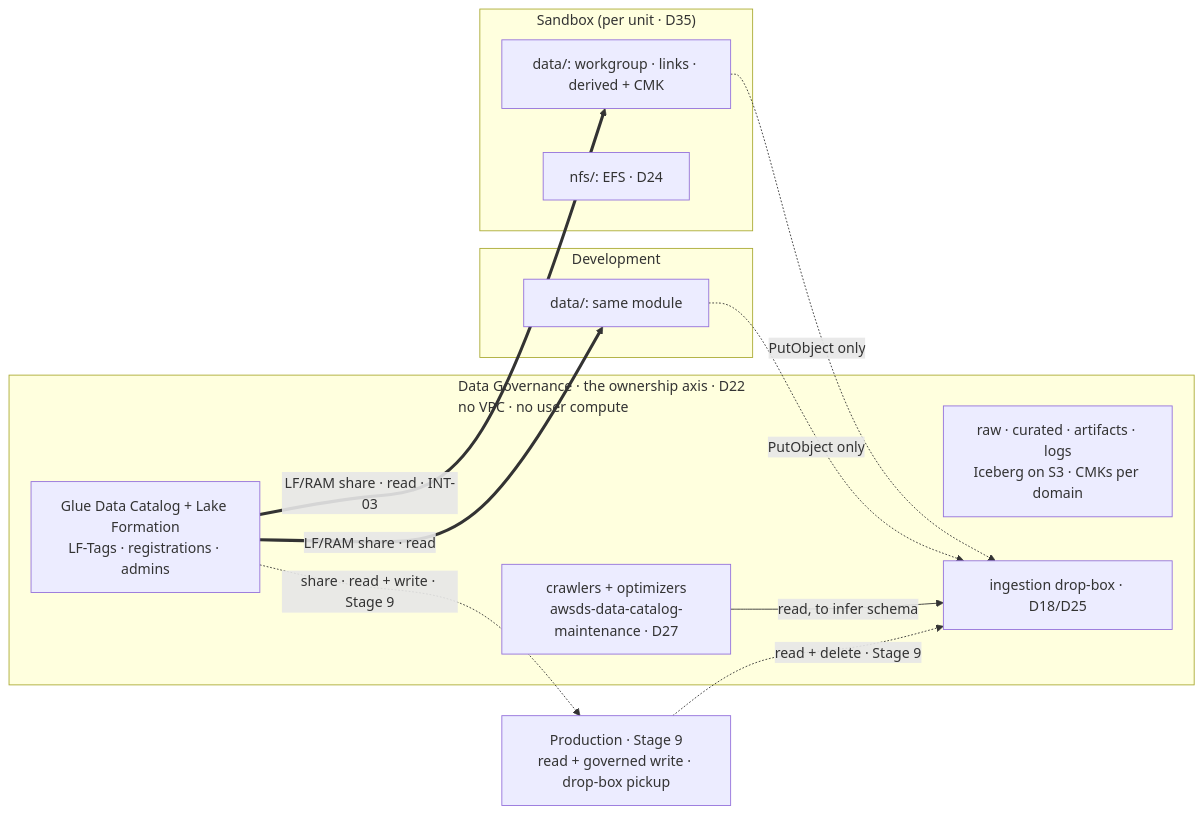
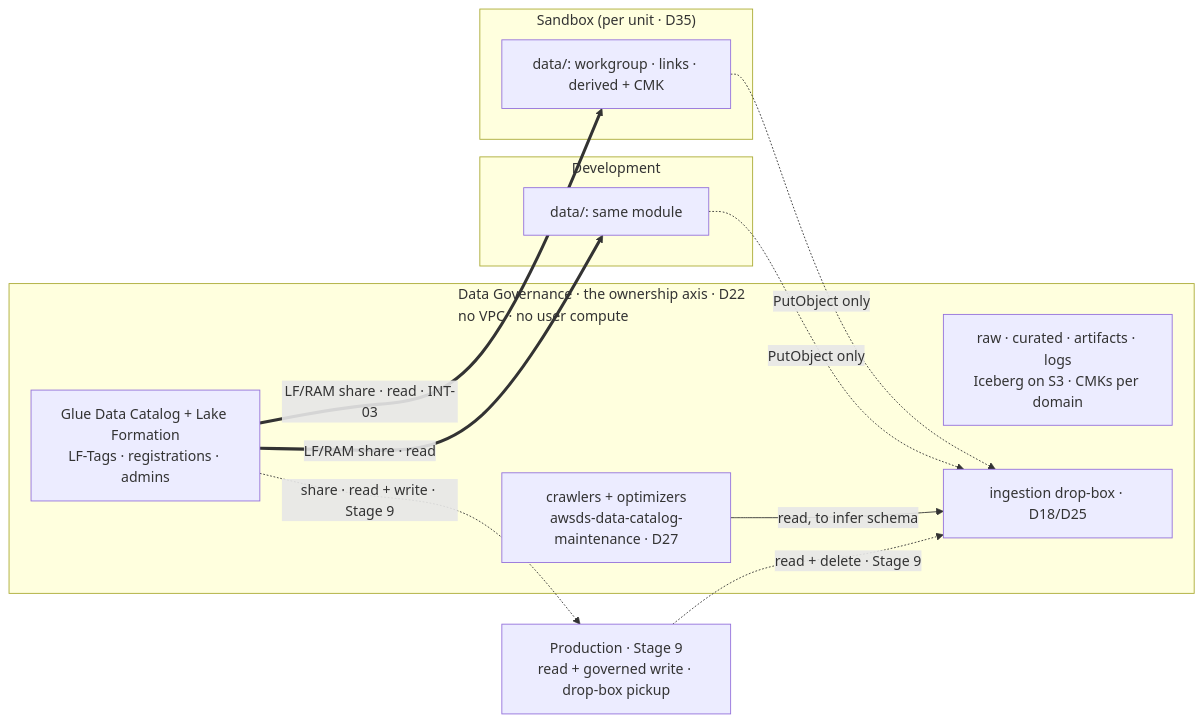
Before and after one commit to felipenoris/AWS-DataScience: the diagram in docs/plan/stages/stage-05-data-foundation.md, drawn with Mermaid. The commit also changed other lines of this file and 45 other files, not shown here.

````diff
--- a/docs/plan/stages/stage-05-data-foundation.md
+++ b/docs/plan/stages/stage-05-data-foundation.md
@@ -38,26 +37,25 @@
 ```mermaid
 flowchart LR
     subgraph DG["Data Governance · the ownership axis · D22<br/>no VPC · no user compute"]
         LAKE["raw · curated · artifacts · logs<br/>Iceberg on S3 · CMKs per domain"]
         CAT["Glue Data Catalog + Lake Formation<br/>LF-Tags · registrations · admins"]
         BOX["ingestion drop-box · D18/D25"]
         CRAWL["crawlers + optimizers<br/>awsds-data-catalog-maintenance · D27"]
     end
 
     subgraph SBX["Sandbox (per unit · D35)"]
         SD["data/: workgroup · links · derived + CMK"]
-        NFS["nfs/: EFS · D24"]
     end
     subgraph DEV["Development"]
         DD["data/: same module"]
     end
     PRD["Production · Stage 9<br/>read + governed write · drop-box pickup"]
 
     CAT ==>|"LF/RAM share · read · INT-03"| SD
     CAT ==>|"LF/RAM share · read"| DD
     CAT -.->|"share · read + write · Stage 9"| PRD
     SD -.->|"PutObject only"| BOX
     DD -.->|"PutObject only"| BOX
     CRAWL -->|"read, to infer schema"| BOX
     PRD -.->|"read + delete · Stage 9"| BOX
 ```
````
